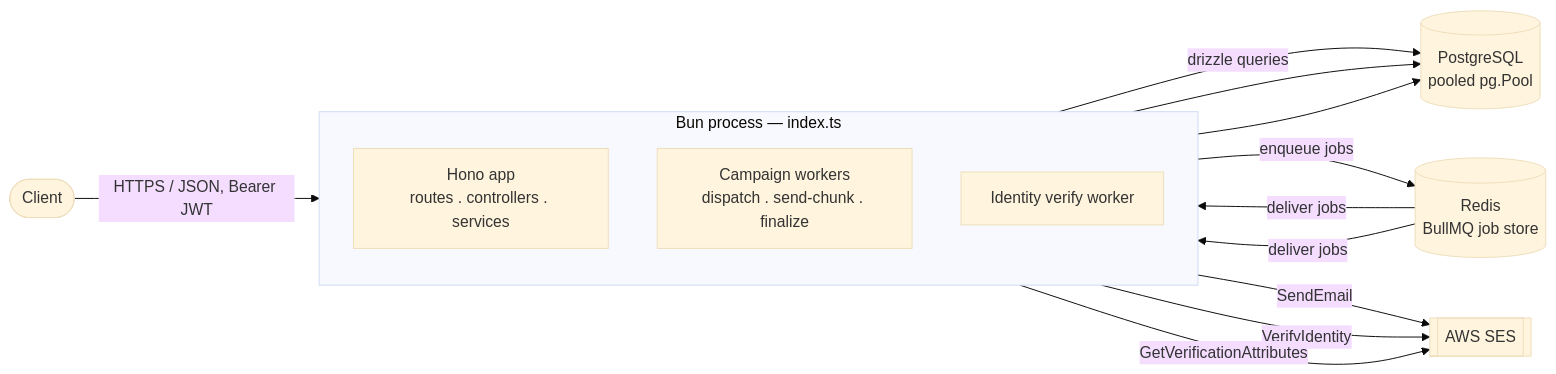
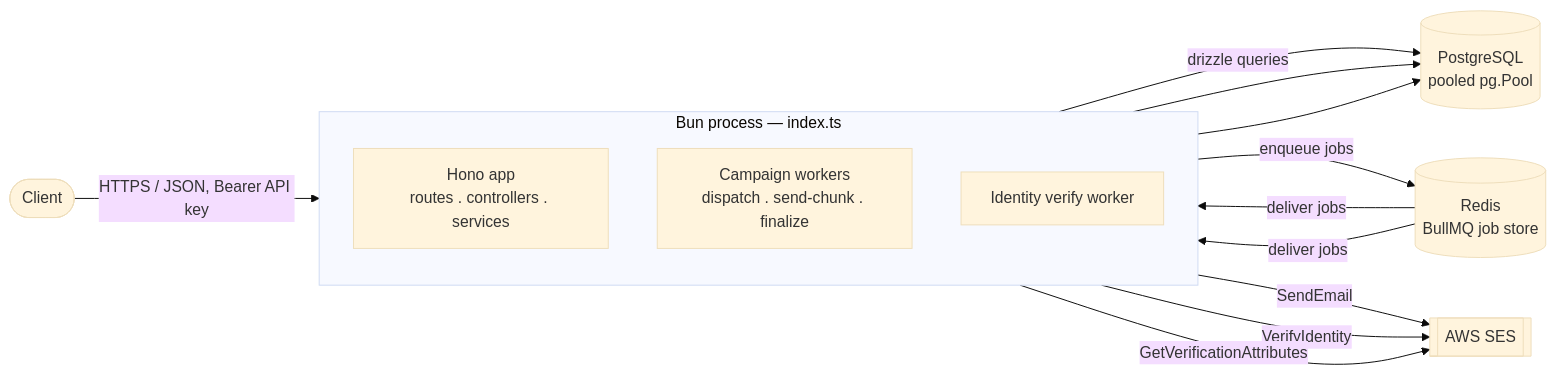
Before and after one commit to Abhinav5050649/mail-rocket: the first of 6 diagrams in bun/api/docs/ARCHITECTURE.md, drawn with Mermaid (base theme). The commit also changed other lines of this file and 129 other files, not shown here.

````diff
--- a/bun/api/docs/ARCHITECTURE.md
+++ b/bun/api/docs/ARCHITECTURE.md
@@ -20,26 +20,26 @@
 ```mermaid
 flowchart LR
     Client(["Client"])
 
     subgraph Proc["Bun process — index.ts"]
         direction TB
         API["Hono app<br/>routes . controllers . services"]
         W1["Campaign workers<br/>dispatch . send-chunk . finalize"]
         W2["Identity verify worker"]
     end
 
     PG[("PostgreSQL<br/>pooled pg.Pool")]
     Redis[("Redis<br/>BullMQ job store")]
     SES[["AWS SES"]]
 
-    Client -- "HTTPS / JSON, Bearer JWT" --> API
+    Client -- "HTTPS / JSON, Bearer API key" --> API
     API -- "drizzle queries" --> PG
     API -- "enqueue jobs" --> Redis
     Redis -- "deliver jobs" --> W1
     Redis -- "deliver jobs" --> W2
     W1 --> PG
     W2 --> PG
     W1 -- "SendEmail" --> SES
     API -- "VerifyIdentity" --> SES
     W2 -- "GetVerificationAttributes" --> SES
 ```
````
